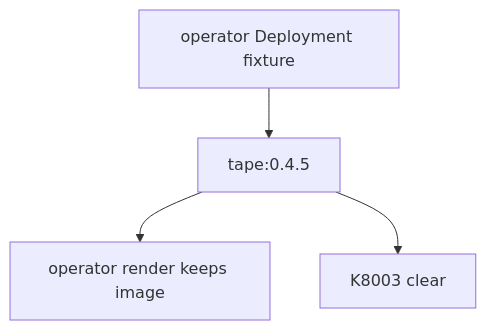
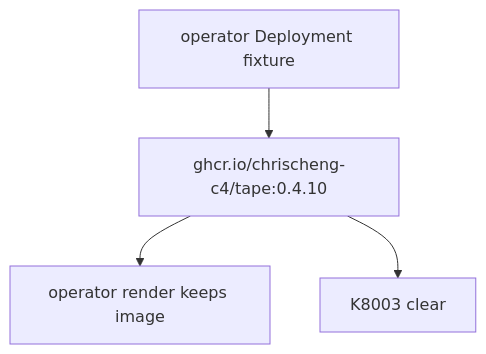
The first of 2 diagrams in apps/tape/tech-design/logic/pin-operator-image-to-clear-guard-security-gate.md (chrischeng-c4/axiom), drawn with Mermaid before and after one commit. The commit also changed other lines of this file and 2 other files, not shown here.

Commit message:
fix(tape): pin the operator render image to the published GHCR release
The checked-in operator Deployment fragment still pinned tape:0.4.5 — a
local tag no registry serves — so a handed-out 'tape k8s operator render'
apply could never pull its controller image (the GKE harness masked this
by patching the image per run). Pin to
ghcr.io/chrischeng-c4/tape:0.4.10 and update the release-pin test and
the pin TD accordingly.

Refs #2462

Claude-Session: https://claude.ai/code/session_015fj391B3oC3PXenGUEBxLg

````diff
--- a/apps/tape/tech-design/logic/pin-operator-image-to-clear-guard-security-gate.md
+++ b/apps/tape/tech-design/logic/pin-operator-image-to-clear-guard-security-gate.md
@@ -10,27 +10,27 @@
 ```mermaid
 ---
 id: tape-operator-image-pin-contract
 entry: operator_fixture
 nodes:
   operator_fixture:
     kind: start
     label: "apps/tape/k8s/operator/deployment.yaml"
   pinned_release:
     kind: process
-    label: "image: tape:0.4.5"
+    label: "image: ghcr.io/chrischeng-c4/tape:0.4.10"
   namespace_render:
     kind: terminal
     label: "namespace substitution preserves the pinned image"
   guard:
     kind: terminal
     label: "K8003 sees no latest or untagged production image"
 edges:
   - { from: operator_fixture, to: pinned_release }
   - { from: pinned_release, to: namespace_render }
   - { from: pinned_release, to: guard }
 ---
 flowchart TD
-    fixture[operator Deployment fixture] --> release[tape:0.4.5]
+    fixture[operator Deployment fixture] --> release[ghcr.io/chrischeng-c4/tape:0.4.10]
     release --> render[operator render keeps image]
     release --> guard[K8003 clear]
 ```
````
